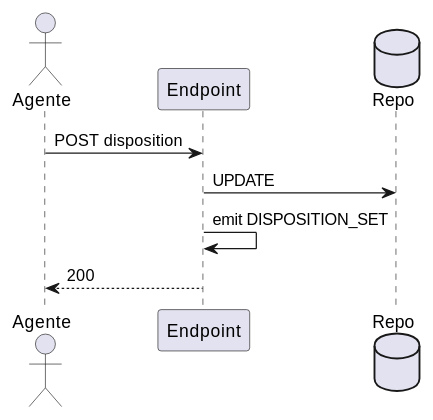
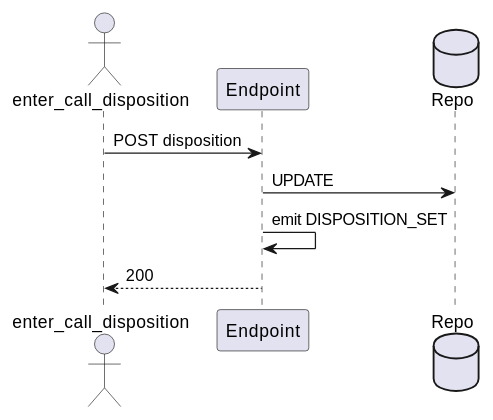
The fourth of 4 diagrams in source/requisitos/casos-uso/operator/uc-opr-06/diagramas-uml.rst (jcg-admin/IACT-docs), drawn with PlantUML before and after one commit. The commit also changed other lines of this file and 77 other files, not shown here.

First line of the commit message:
Enforce RBAC function names as actors in all UML diagrams

```diff
--- a/source/requisitos/casos-uso/operator/uc-opr-06/diagramas-uml.rst
+++ b/source/requisitos/casos-uso/operator/uc-opr-06/diagramas-uml.rst
@@ -60,11 +60,11 @@
 .. uml::
 
  @startuml
- actor "Agente" as A
+ actor "enter_call_disposition" as A
  participant "Endpoint" as E
  database "Repo" as R
  A -> E: POST disposition
  E -> R: UPDATE
  E -> E: emit DISPOSITION_SET
  E --> A: 200
  @enduml
```
